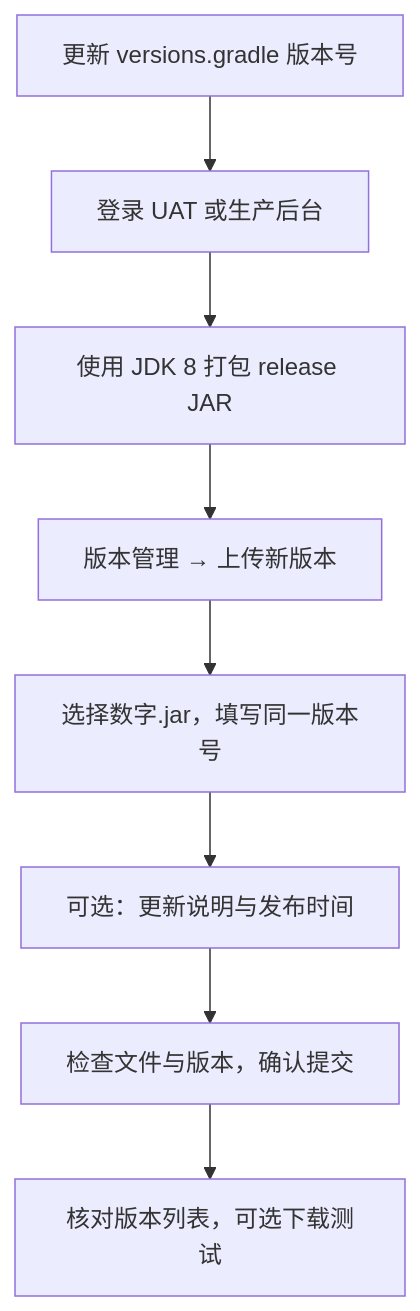
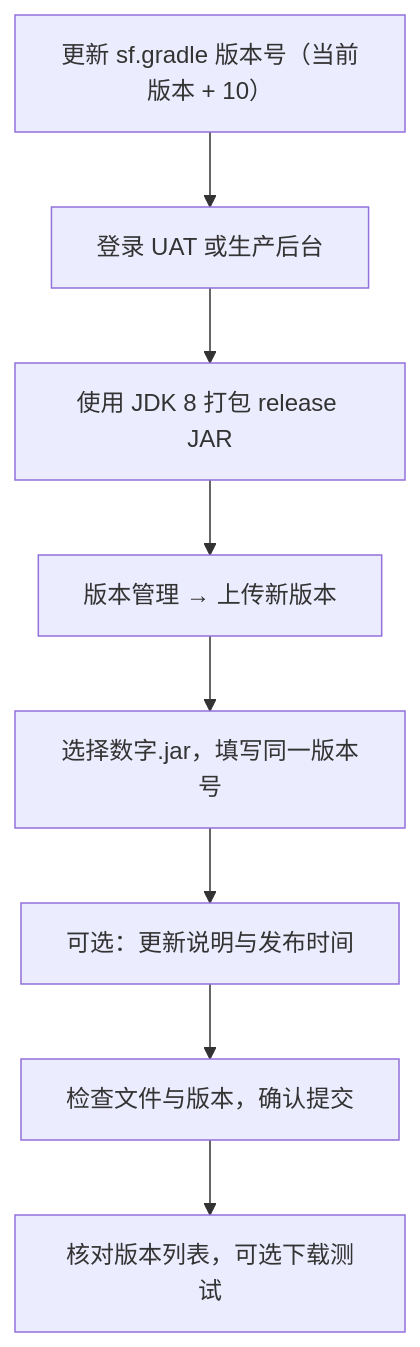
Before and after one commit to JYuYuan/digitalgarden: the diagram in src/site/notes/07-运维与发布/发布流程/SF直播App发布流程.md, drawn with Mermaid. The commit also changed other lines of this file, not shown here.

````diff
--- a/src/site/notes/07-运维与发布/发布流程/SF直播App发布流程.md
+++ b/src/site/notes/07-运维与发布/发布流程/SF直播App发布流程.md
@@ -394,10 +392,10 @@
 ```mermaid
 flowchart TD
-    A["更新 versions.gradle 版本号"] --> B["登录 UAT 或生产后台"]
+    A["更新 sf.gradle 版本号（当前版本 + 10）"] --> B["登录 UAT 或生产后台"]
     B --> C["使用 JDK 8 打包 release JAR"]
     C --> D["版本管理 → 上传新版本"]
     D --> E["选择数字.jar，填写同一版本号"]
     E --> F["可选：更新说明与发布时间"]
     F --> G["检查文件与版本，确认提交"]
     G --> H["核对版本列表，可选下载测试"]
 ```
````
